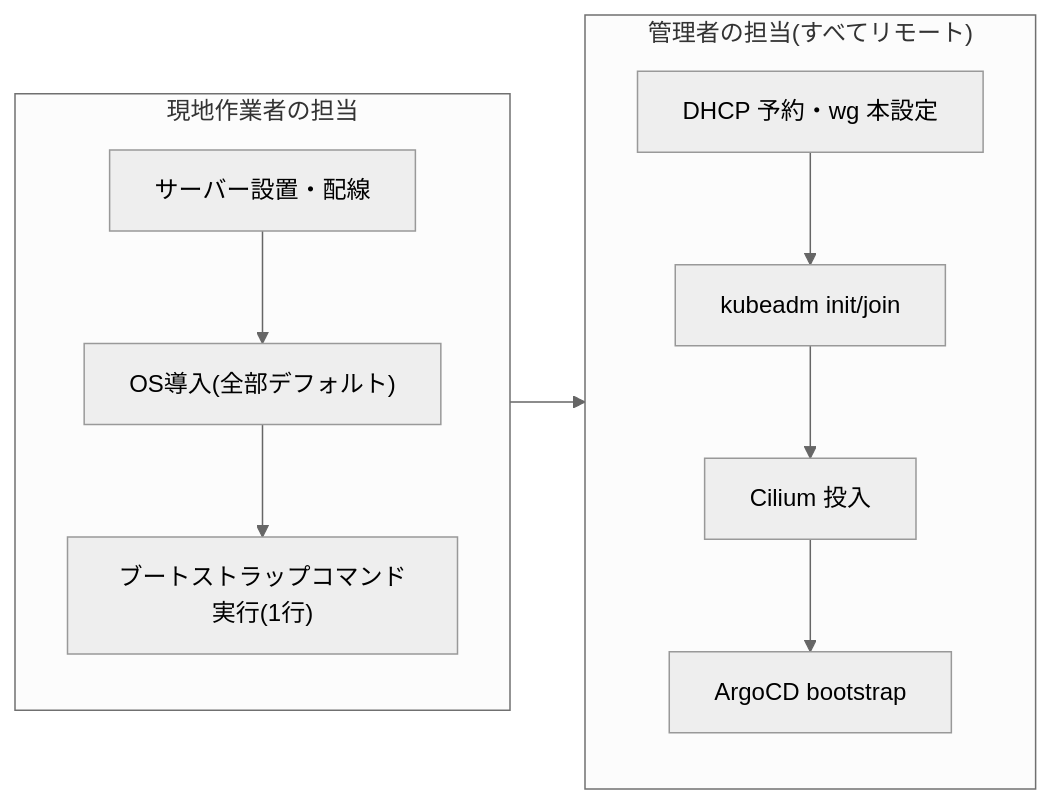
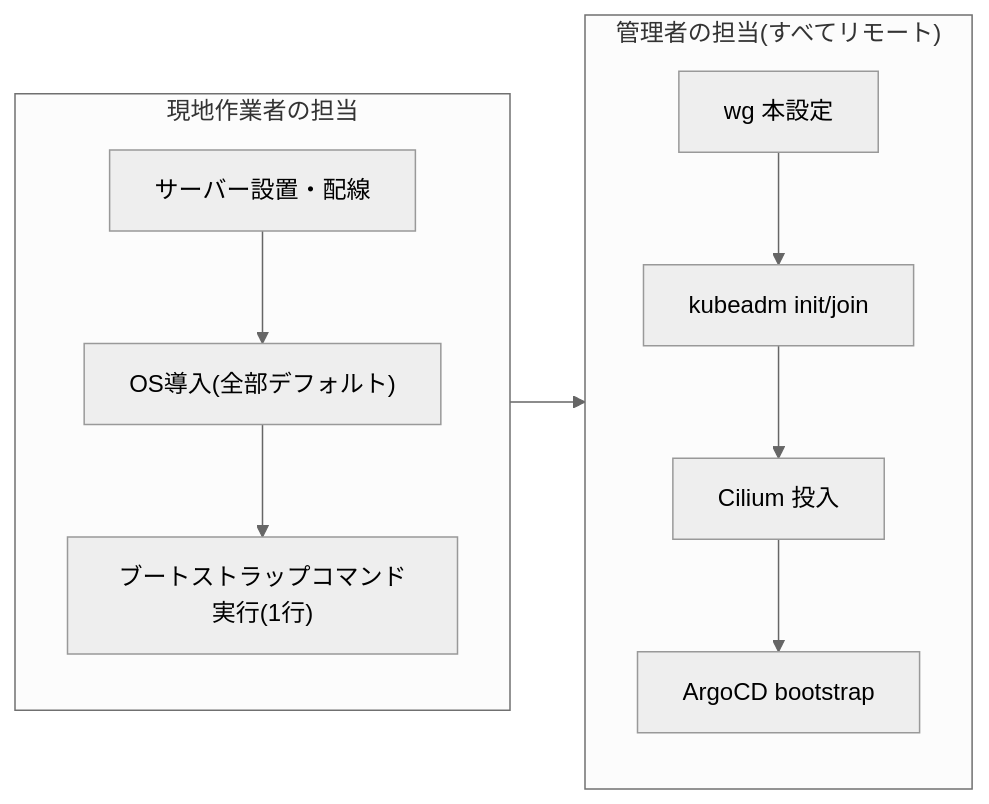
Before and after one commit to morinoparty/moripa-infra: the second of 2 diagrams in docs/content/docs/admin/index.mdx, drawn with Mermaid (neutral theme). The commit also changed other lines of this file and 75 other files, not shown here.

````diff
--- a/docs/content/docs/admin/index.mdx
+++ b/docs/content/docs/admin/index.mdx
@@ -40,10 +39,10 @@
 ```mermaid
 flowchart LR
     subgraph onsite["現地作業者の担当"]
         H["サーバー設置・配線"] --> I["OS導入(全部デフォルト)"] --> J["ブートストラップコマンド実行(1行)"]
     end
     subgraph remote["管理者の担当(すべてリモート)"]
-        K["DHCP 予約・wg 本設定"] --> L["kubeadm init/join"] --> M["Cilium 投入"] --> N["ArgoCD bootstrap"]
+        K["wg 本設定"] --> L["kubeadm init/join"] --> M["Cilium 投入"] --> N["ArgoCD bootstrap"]
     end
     onsite --> remote
 ```
````
